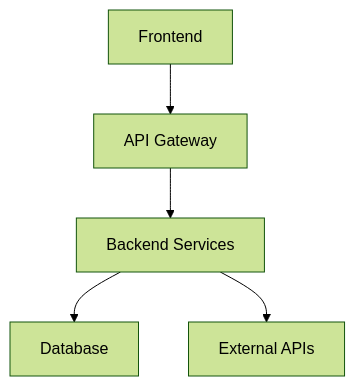
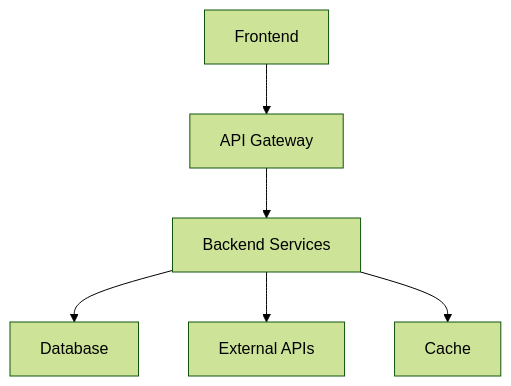
One commit to SylphxAI/flow changed the diagram in src/templates/plan-template.md. Above: the diagram before and after it, drawn with Mermaid (forest theme). The commit also changed other lines of this file and 5 other files, not shown here.

````diff
--- a/src/templates/plan-template.md
+++ b/src/templates/plan-template.md
@@ -16,7 +7,8 @@
 ```mermaid
 graph TB
     A[Frontend] --> B[API Gateway]
     B --> C[Backend Services]
     C --> D[Database]
     C --> E[External APIs]
+    C --> F[Cache]
 ```
````
